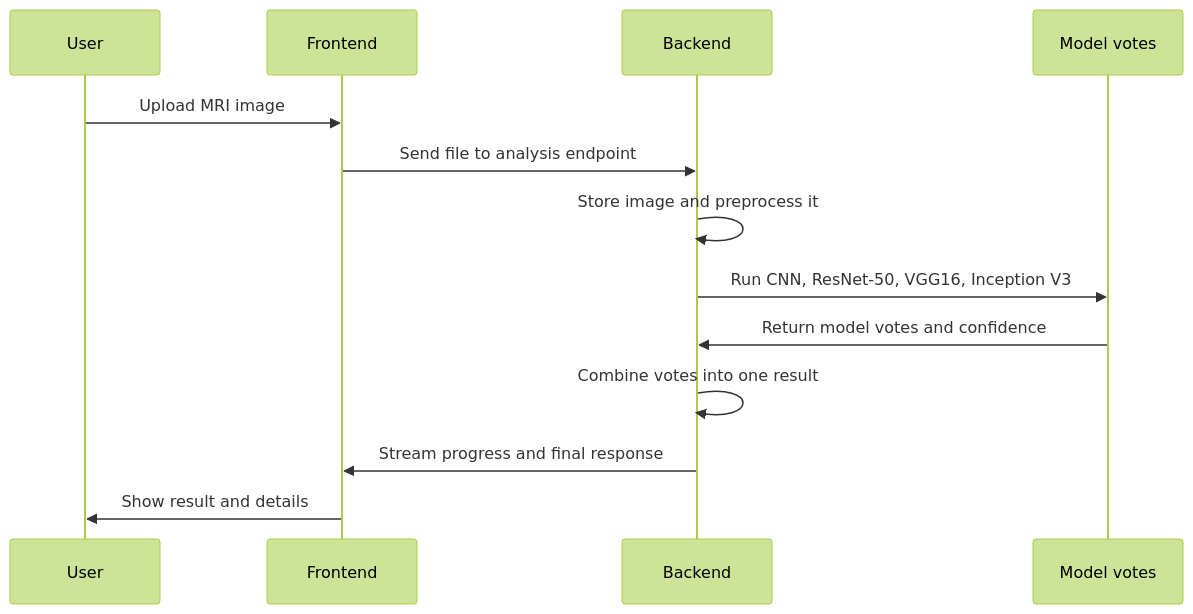
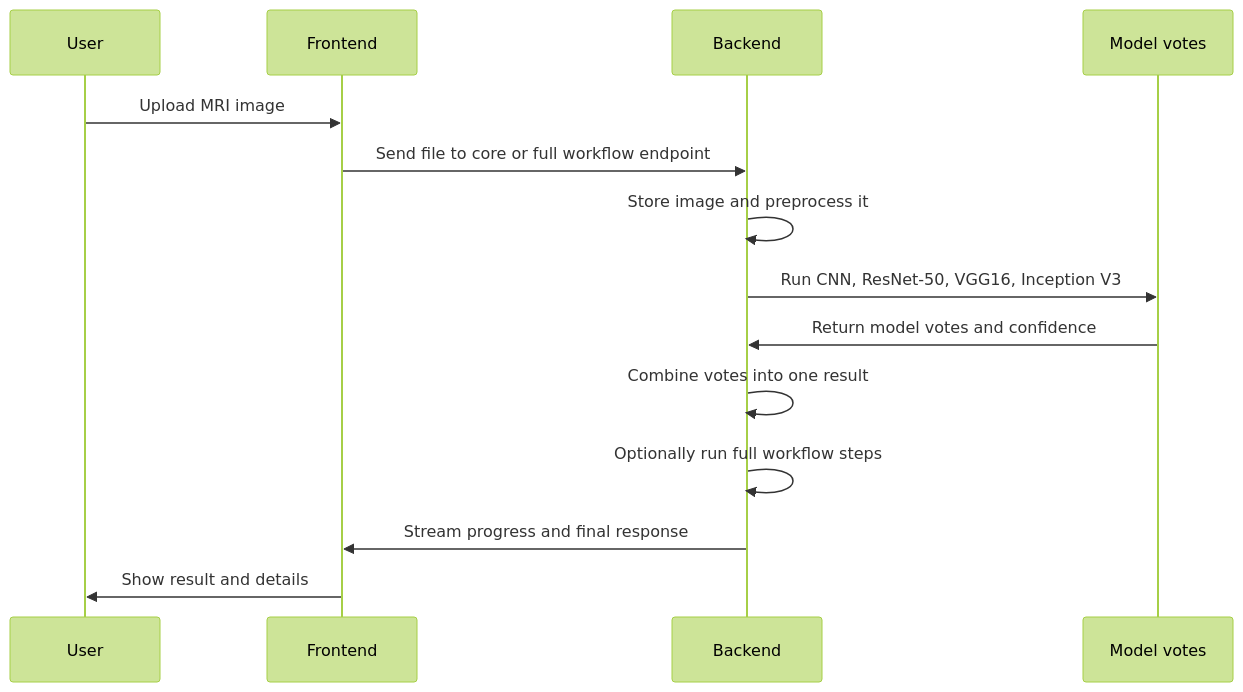
One commit to TopoVista/MRI-Brain-Tumor-Detection-Agentic-AI changed the third of 5 diagrams in README.md. Above: the diagram before and after it, drawn with Mermaid (forest theme). The commit also changed other lines of this file and 11 other files, not shown here.

````diff
--- a/README.md
+++ b/README.md
@@ -48,16 +72,17 @@
 ```mermaid
 sequenceDiagram
   participant U as User
   participant F as Frontend
   participant B as Backend
   participant M as Model votes
 
   U->>F: Upload MRI image
-  F->>B: Send file to analysis endpoint
+  F->>B: Send file to core or full workflow endpoint
   B->>B: Store image and preprocess it
   B->>M: Run CNN, ResNet-50, VGG16, Inception V3
   M->>B: Return model votes and confidence
   B->>B: Combine votes into one result
+  B->>B: Optionally run full workflow steps
   B->>F: Stream progress and final response
   F->>U: Show result and details
 ```
````
